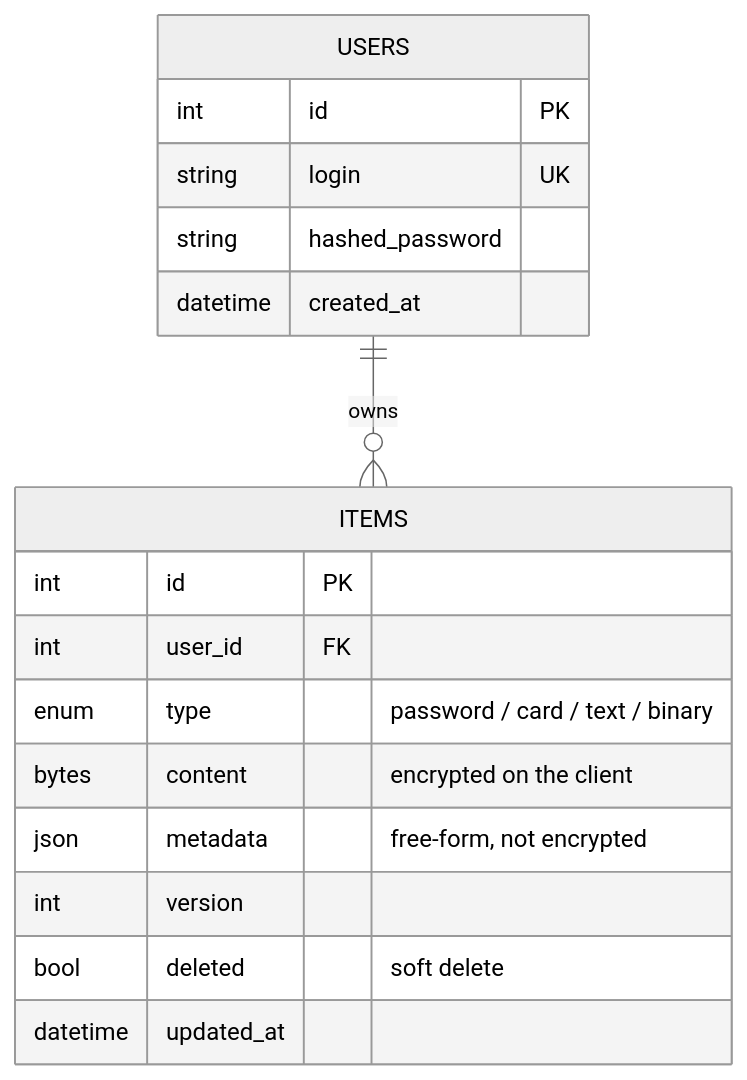
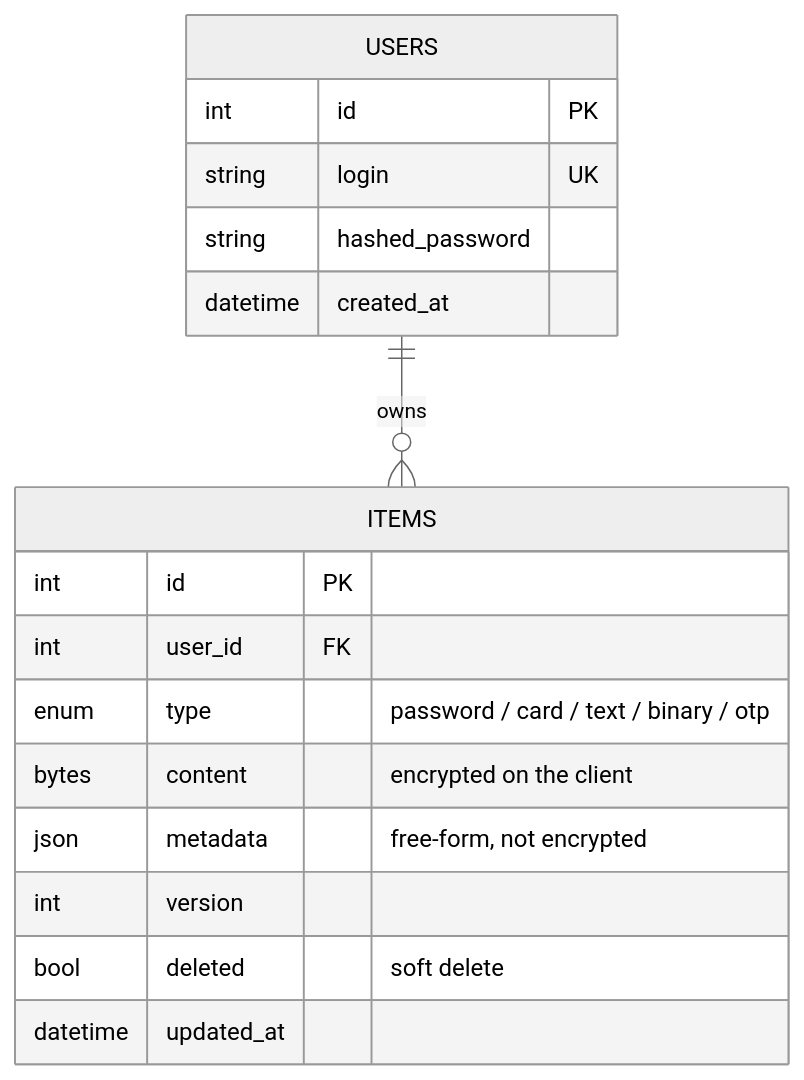
One commit to Unl1te/GophKeeper changed the second of 12 diagrams in ARCHITECTURE.md. Above: the diagram before and after it, drawn with Mermaid (neutral theme).

````diff
--- a/ARCHITECTURE.md
+++ b/ARCHITECTURE.md
@@ -57,20 +57,20 @@
 ```mermaid
 erDiagram
     USERS ||--o{ ITEMS : "owns"
     USERS {
         int id PK
         string login UK
         string hashed_password
         datetime created_at
     }
     ITEMS {
         int id PK
         int user_id FK
-        enum type "password / card / text / binary"
+        enum type "password / card / text / binary / otp"
         bytes content "encrypted on the client"
         json metadata "free-form, not encrypted"
         int version
         bool deleted "soft delete"
         datetime updated_at
     }
 ```
````
